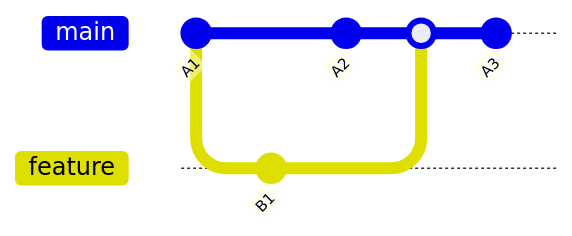
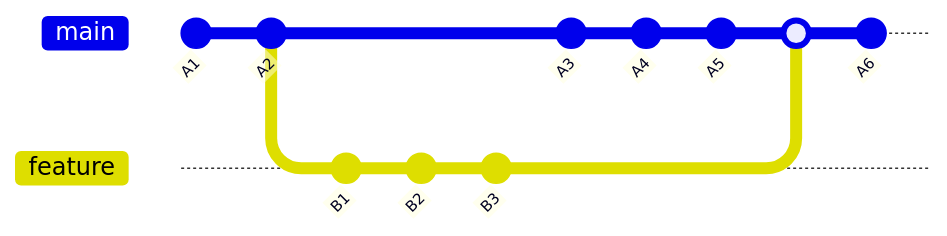
The first of 2 diagrams in src/content/blog/2-rebase-is-evil.md (Napolitain/napolitain.github.io), drawn with Mermaid before and after one commit. The commit also changed other lines of this file, not shown here.

Commit message:
Polish rebase blogpost: fix grammar, layout diagrams side-by-side

````diff
--- a/src/content/blog/2-rebase-is-evil.md
+++ b/src/content/blog/2-rebase-is-evil.md
@@ -23,11 +24,16 @@
 ```mermaid
 gitGraph
    commit id: "A1"
+   commit id: "A2"
    branch feature
    checkout feature
    commit id: "B1"
+   commit id: "B2"
+   commit id: "B3"
    checkout main
-   commit id: "A2"
+   commit id: "A3"
+   commit id: "A4"
+   commit id: "A5"
    merge feature
-   commit id: "A3"
+   commit id: "A6"
 ```
````
